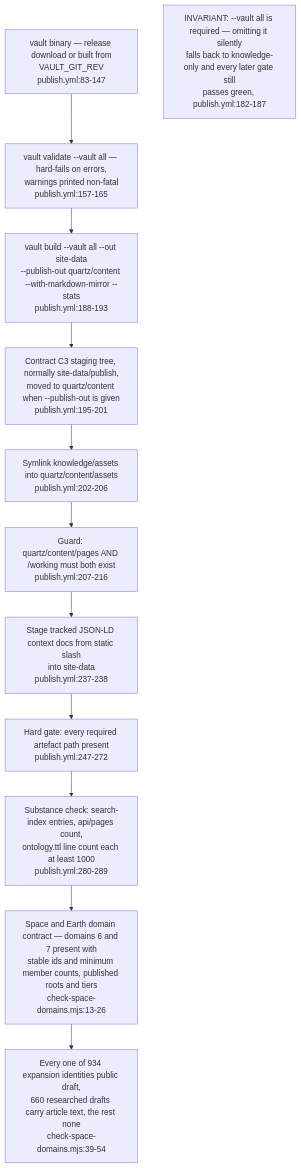
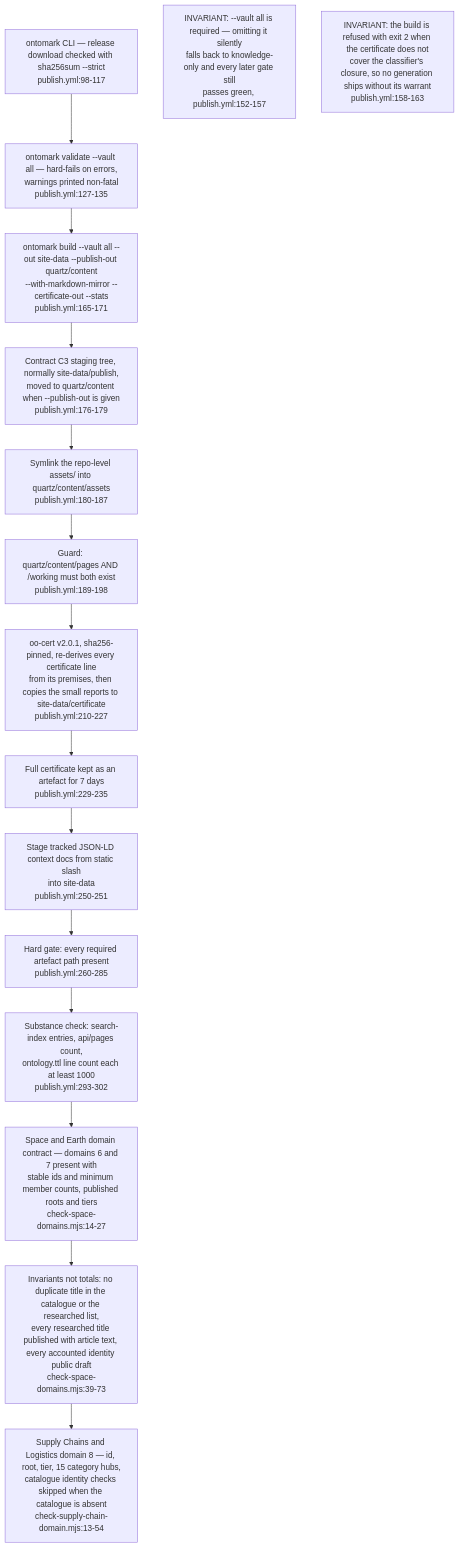
Before and after one commit to DreamLab-AI/VisionFlow: the third of 4 diagrams in docs/diagrams/visiongraph/03-publish-pipeline-and-explorer-build.md, drawn with Mermaid. The commit also changed other lines of this file and 160 other files, not shown here.

````diff
--- a/docs/diagrams/visiongraph/03-publish-pipeline-and-explorer-build.md
+++ b/docs/diagrams/visiongraph/03-publish-pipeline-and-explorer-build.md
@@ -66,17 +75,21 @@
 ```mermaid
 flowchart TD
-    BIN["vault binary — release download or built from<br/>VAULT_GIT_REV<br/>publish.yml:83-147"]
-    VALIDATE["vault validate --vault all — hard-fails on errors,<br/>warnings printed non-fatal<br/>publish.yml:157-165"]
-    BUILDCMD["vault build --vault all --out site-data<br/>--publish-out quartz/content --with-markdown-mirror --stats<br/>publish.yml:188-193"]
-    SPLIT["Contract C3 staging tree, normally site-data/publish,<br/>moved to quartz/content when --publish-out is given<br/>publish.yml:195-201"]
-    ASSETS["Symlink knowledge/assets into quartz/content/assets<br/>publish.yml:202-206"]
-    BOTH["Guard: quartz/content/pages AND /working must both exist<br/>publish.yml:207-216"]
-    CTX["Stage tracked JSON-LD context docs from static slash<br/>into site-data<br/>publish.yml:237-238"]
-    GATE["Hard gate: every required artefact path present<br/>publish.yml:247-272"]
-    SUBST["Substance check: search-index entries, api/pages count,<br/>ontology.ttl line count each at least 1000<br/>publish.yml:280-289"]
-    BIN --> VALIDATE --> BUILDCMD --> SPLIT --> ASSETS --> BOTH --> CTX --> GATE --> SUBST --> SPACE
-    SPACE["Space and Earth domain contract — domains 6 and 7 present with<br/>stable ids and minimum member counts, published roots and tiers<br/>check-space-domains.mjs:13-26"]
-    SPACECNT["Every one of 934 expansion identities public draft,<br/>660 researched drafts carry article text, the rest none<br/>check-space-domains.mjs:39-54"]
-    SPACE --> SPACECNT
-    note1["INVARIANT: --vault all is required — omitting it silently<br/>falls back to knowledge-only and every later gate still<br/>passes green, publish.yml:182-187"]
+    BIN["ontomark CLI — release download checked with sha256sum --strict<br/>publish.yml:98-117"]
+    VALIDATE["ontomark validate --vault all — hard-fails on errors,<br/>warnings printed non-fatal<br/>publish.yml:127-135"]
+    BUILDCMD["ontomark build --vault all --out site-data --publish-out quartz/content<br/>--with-markdown-mirror --certificate-out --stats<br/>publish.yml:165-171"]
+    SPLIT["Contract C3 staging tree, normally site-data/publish,<br/>moved to quartz/content when --publish-out is given<br/>publish.yml:176-179"]
+    ASSETS["Symlink the repo-level assets/ into quartz/content/assets<br/>publish.yml:180-187"]
+    BOTH["Guard: quartz/content/pages AND /working must both exist<br/>publish.yml:189-198"]
+    CERT["oo-cert v2.0.1, sha256-pinned, re-derives every certificate line<br/>from its premises, then copies the small reports to site-data/certificate<br/>publish.yml:210-227"]
+    KEEP["Full certificate kept as an artefact for 7 days<br/>publish.yml:229-235"]
+    CTX["Stage tracked JSON-LD context docs from static slash<br/>into site-data<br/>publish.yml:250-251"]
+    GATE["Hard gate: every required artefact path present<br/>publish.yml:260-285"]
+    SUBST["Substance check: search-index entries, api/pages count,<br/>ontology.ttl line count each at least 1000<br/>publish.yml:293-302"]
+    BIN --> VALIDATE --> BUILDCMD --> SPLIT --> ASSETS --> BOTH --> CERT --> KEEP --> CTX --> GATE --> SUBST --> SPACE
+    SPACE["Space and Earth domain contract — domains 6 and 7 present with<br/>stable ids and minimum member counts, published roots and tiers<br/>check-space-domains.mjs:14-27"]
+    SPACECNT["Invariants not totals: no duplicate title in the catalogue or the researched list,<br/>every researched title published with article text, every accounted identity public draft<br/>check-space-domains.mjs:39-73"]
+    SUPPLY["Supply Chains and Logistics domain 8 — id, root, tier, 15 category hubs,<br/>catalogue identity checks skipped when the catalogue is absent<br/>check-supply-chain-domain.mjs:13-54"]
+    SPACE --> SPACECNT --> SUPPLY
+    note1["INVARIANT: --vault all is required — omitting it silently<br/>falls back to knowledge-only and every later gate still<br/>passes green, publish.yml:152-157"]
+    note2["INVARIANT: the build is refused with exit 2 when the certificate does not<br/>cover the classifier's closure, so no generation ships without its warrant<br/>publish.yml:158-163"]
 ```
````
